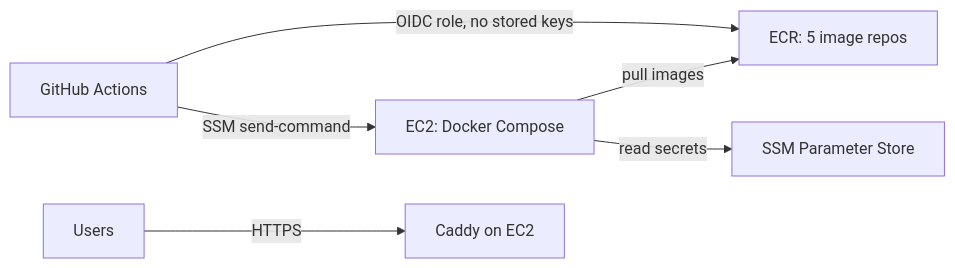
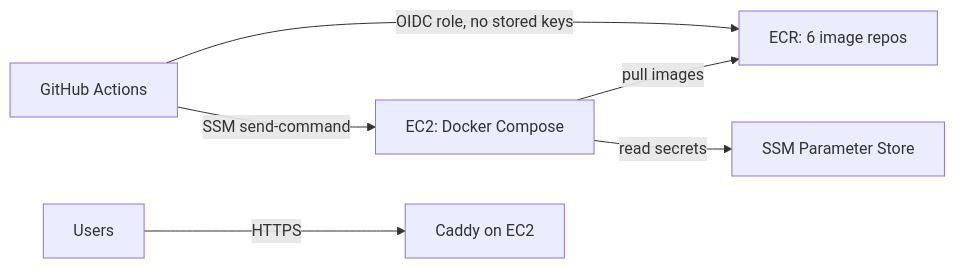
The first of 2 diagrams in infra/aws/README.md (chaudhary-rishabh/Tessel), drawn with Mermaid before and after one commit. The commit also changed other lines of this file and 70 other files, not shown here.

````diff
--- a/infra/aws/README.md
+++ b/infra/aws/README.md
@@ -5,8 +5,8 @@
 ```mermaid
 flowchart LR
-  gh["GitHub Actions"] -- "OIDC role, no stored keys" --> ecr["ECR: 5 image repos"]
+  gh["GitHub Actions"] -- "OIDC role, no stored keys" --> ecr["ECR: 6 image repos"]
   gh -- "SSM send-command" --> ec2["EC2: Docker Compose"]
   ec2 -- "pull images" --> ecr
   ec2 -- "read secrets" --> ssm["SSM Parameter Store"]
   users["Users"] -- "HTTPS" --> caddy["Caddy on EC2"]
 ```
````
